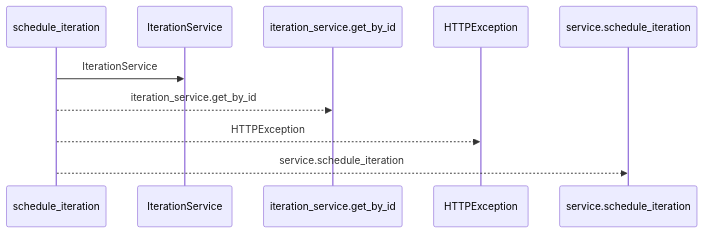
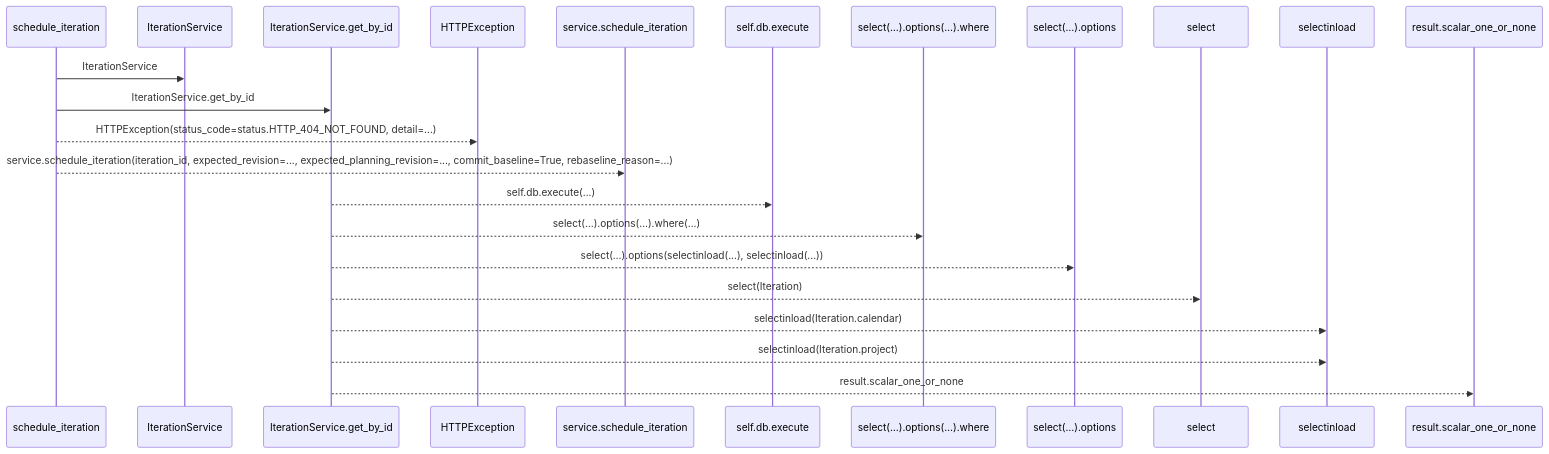
One commit to Denissvgn/WorkChord changed the first of 2 diagrams in docs/llm_wiki/flows/http-schedule_iteration.md. Above: the diagram before and after it, drawn with Mermaid. The commit also changed other lines of this file and 25171 other files, not shown here.

````diff
--- a/docs/llm_wiki/flows/http-schedule_iteration.md
+++ b/docs/llm_wiki/flows/http-schedule_iteration.md
@@ -10,12 +12,25 @@
 ```mermaid
 sequenceDiagram
     participant p0 as schedule_iteration
     participant p1 as IterationService
-    participant p2 as iteration_service.get_by_id
+    participant p2 as IterationService.get_by_id
     participant p3 as HTTPException
     participant p4 as service.schedule_iteration
+    participant p5 as self.db.execute
+    participant p6 as select(…).options(…).where
+    participant p7 as select(…).options
+    participant p8 as select
+    participant p9 as selectinload
+    participant p10 as result.scalar_one_or_none
     p0->>p1: IterationService
-    p0-->>p2: iteration_service.get_by_id
-    p0-->>p3: HTTPException
-    p0-->>p4: service.schedule_iteration
+    p0->>p2: IterationService.get_by_id
+    p0-->>p3: HTTPException(status_code=status.HTTP_404_NOT_FOUND, detail=...)
+    p0-->>p4: service.schedule_iteration(iteration_id, expected_revision=..., expected_planning_revision=..., commit_baseline=True, rebaseline_reason=...)
+    p2-->>p5: self.db.execute(...)
+    p2-->>p6: select(…).options(…).where(...)
+    p2-->>p7: select(…).options(selectinload(...), selectinload(...))
+    p2-->>p8: select(Iteration)
+    p2-->>p9: selectinload(Iteration.calendar)
+    p2-->>p9: selectinload(Iteration.project)
+    p2-->>p10: result.scalar_one_or_none
 ```
````
